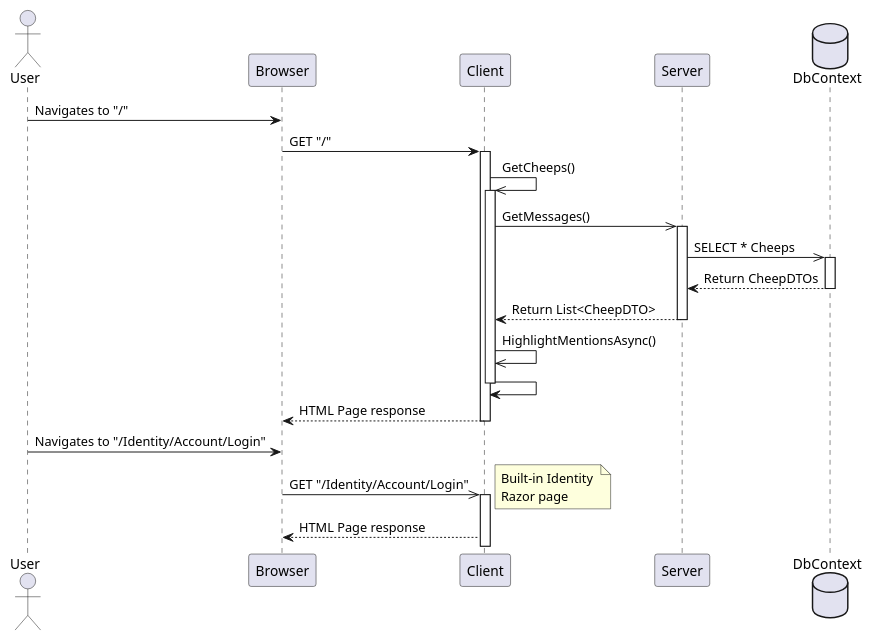
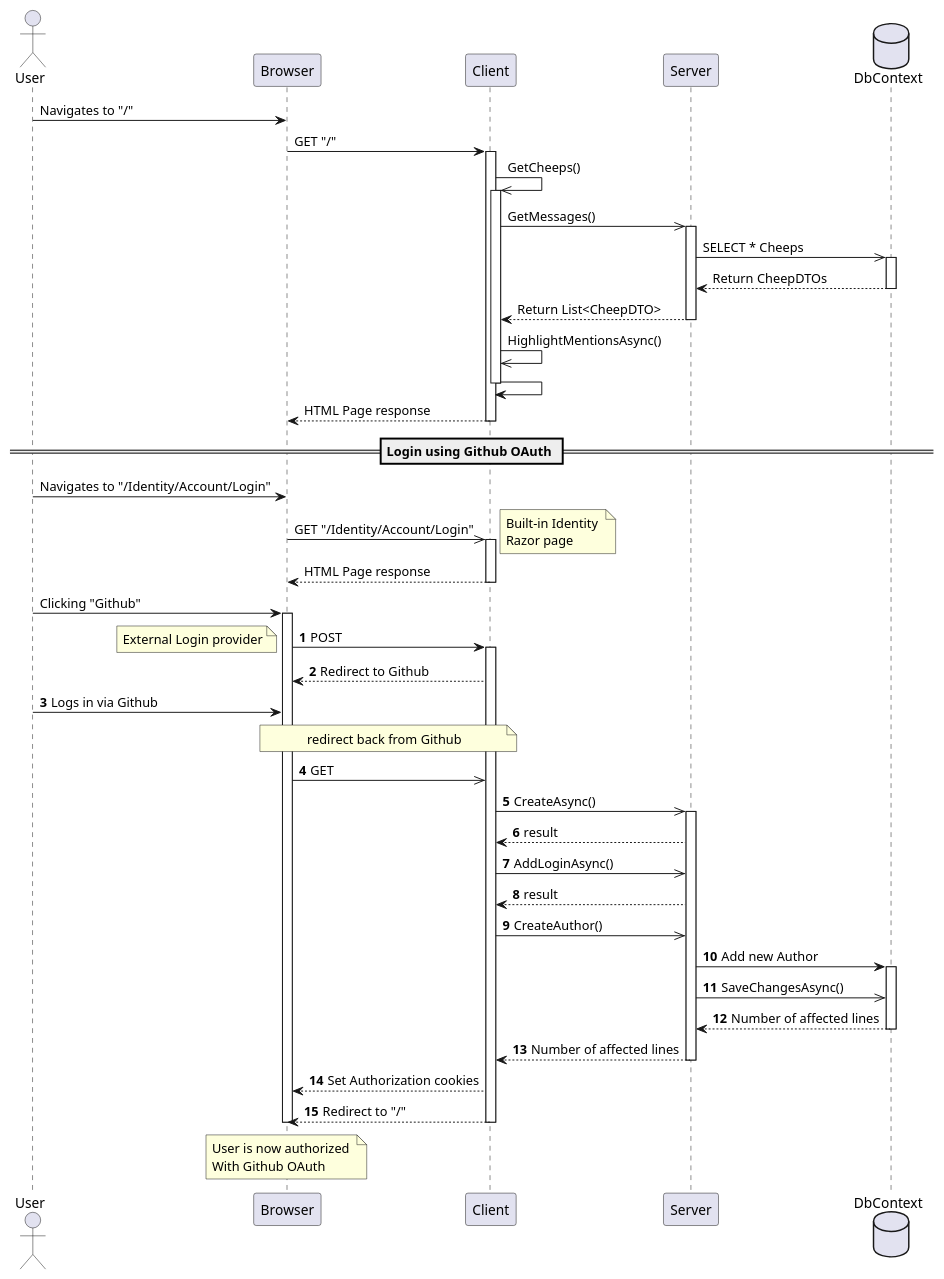
The diagram in docs/diagrams/src/sequenceDiagramAuthorized.wsd (ITU-BDSA2024-GROUP12/Chirp), drawn with PlantUML before and after one commit.

Commit message:
Added seqeuenceDiagram of Authentication with github OAuth

```diff
--- a/docs/diagrams/src/sequenceDiagramAuthorized.wsd
+++ b/docs/diagrams/src/sequenceDiagramAuthorized.wsd
@@ -1,39 +1,83 @@
 @startuml
 actor User 
 participant Browser
 participant Client
 participant Server
 database DbContext
+
+
 
 User -> Browser : Navigates to "/"
 Browser -> Client : GET "/"
 
 activate Client
 Client ->> Client : GetCheeps()
 
 activate Client
 Client ->> Server : GetMessages()
 
 activate Server
 Server ->> DbContext : SELECT * Cheeps
 activate DbContext
 DbContext --> Server : Return CheepDTOs
 deactivate DbContext
 Server --> Client : Return List<CheepDTO>
 deactivate Server
 Client ->> Client : HighlightMentionsAsync()
 Client -> Client
 deactivate Client
 Client --> Browser : HTML Page response
 deactivate Client
 
+== Login using Github OAuth ==
+
 User -> Browser : Navigates to "/Identity/Account/Login"
 Browser ->> Client : GET "/Identity/Account/Login"
 note right 
 Built-in Identity 
 Razor page
 end note
 activate Client
 Client --> Browser : HTML Page response
+deactivate Client
+
+
+User -> Browser : Clicking "Github"
+activate Browser
+autonumber
+Browser -> Client : POST
+activate Client
+note left: External Login provider
+
+
+Client --> Browser : Redirect to Github
+User -> Browser : Logs in via Github
+note over Browser, Client: redirect back from Github
+Browser ->> Client : GET 
+
+
+
+Client ->> Server : CreateAsync()
+activate Server
+Server --> Client : result
+Client ->> Server : AddLoginAsync()
+Server --> Client : result
+Client ->> Server : CreateAuthor()
+Server -> DbContext : Add new Author
+activate DbContext
+Server ->> DbContext : SaveChangesAsync()
+DbContext --> Server : Number of affected lines
+deactivate DbContext
+Server --> Client : Number of affected lines
+deactivate Server
+Client --> Browser : Set Authorization cookies 
+Client --> Browser : Redirect to "/"
+deactivate Client
+note over Browser
+User is now authorized 
+With Github OAuth
+end note
+deactivate Browser
+autonumber stop
 
 @enduml 
```
